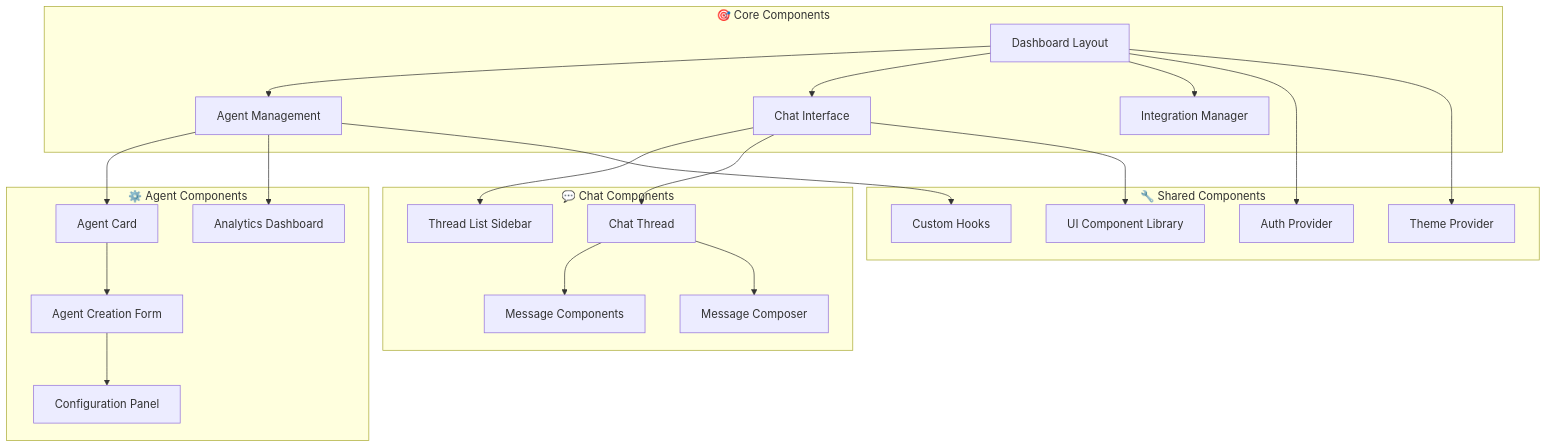
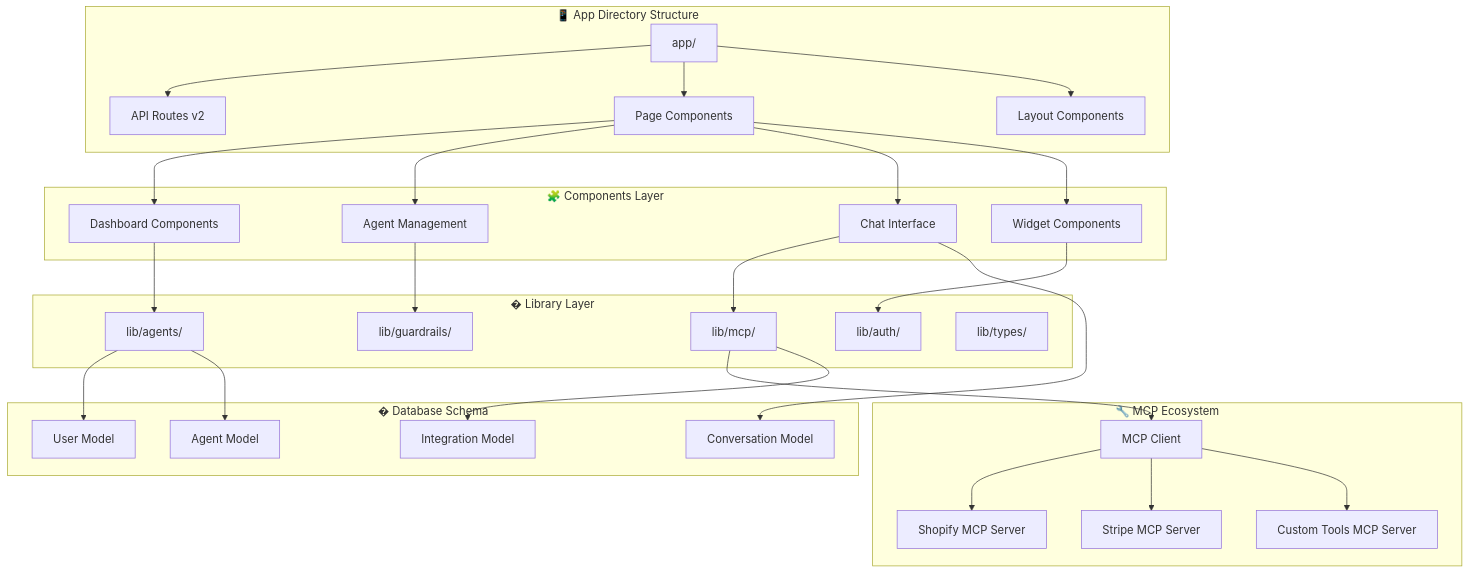
The fourth of 7 diagrams in docs/ARCHITECTURE.md (Parham-dev/ai-agent-cs), drawn with Mermaid before and after one commit. The commit also changed other lines of this file and 1 other file, not shown here.

````diff
--- a/docs/ARCHITECTURE.md
+++ b/docs/ARCHITECTURE.md
@@ -166,49 +220,62 @@
 ```mermaid
 graph TD
-    subgraph "🎯 Core Components"
-        Dashboard[Dashboard Layout]
-        AgentList[Agent Management]
-        ChatInterface[Chat Interface]
-        Integrations[Integration Manager]
+    subgraph "📱 App Directory Structure"
+        App[app/]
+        AppRoutes[API Routes v2]
+        Pages[Page Components]
+        Layout[Layout Components]
     end
 
-    subgraph "💬 Chat Components"
-        ThreadList[Thread List Sidebar]
-        ChatThread[Chat Thread]
-        MessageBubble[Message Components]
-        Composer[Message Composer]
+    subgraph "🧩 Components Layer"
+        Dashboard[Dashboard Components]
+        Agents[Agent Management]
+        Chat[Chat Interface]
+        Widget[Widget Components]
     end
 
-    subgraph "⚙️ Agent Components"
-        AgentCard[Agent Card]
-        AgentForm[Agent Creation Form]
-        AgentConfig[Configuration Panel]
-        AgentStats[Analytics Dashboard]
+    subgraph "� Library Layer"
+        AgentLib[lib/agents/]
+        MCPLib[lib/mcp/]
+        AuthLib[lib/auth/]
+        GuardrailLib[lib/guardrails/]
+        TypesLib[lib/types/]
     end
 
-    subgraph "🔧 Shared Components"
-        AuthProvider[Auth Provider]
-        ThemeProvider[Theme Provider]
-        UIComponents[UI Component Library]
-        Hooks[Custom Hooks]
+    subgraph "🔧 MCP Ecosystem"
+        MCPClient[MCP Client]
+        ShopifyServer[Shopify MCP Server]
+        StripeServer[Stripe MCP Server]
+        CustomServer[Custom Tools MCP Server]
     end
 
-    Dashboard --> AgentList
-    Dashboard --> ChatInterface
-    Dashboard --> Integrations
+    subgraph "�️ Database Schema"
+        UserModel[User Model]
+        AgentModel[Agent Model]
+        ConversationModel[Conversation Model]
+        IntegrationModel[Integration Model]
+    end
+
+    App --> AppRoutes
+    App --> Pages
+    App --> Layout
     
-    ChatInterface --> ThreadList
-    ChatInterface --> ChatThread
-    ChatThread --> MessageBubble
-    ChatThread --> Composer
+    Pages --> Dashboard
+    Pages --> Agents
+    Pages --> Chat
+    Pages --> Widget
     
-    AgentList --> AgentCard
-    AgentCard --> AgentForm
-    AgentForm --> AgentConfig
-    AgentList --> AgentStats
+    Dashboard --> AgentLib
+    Chat --> MCPLib
+    Widget --> AuthLib
+    Agents --> GuardrailLib
     
-    Dashboard --> AuthProvider
-    Dashboard --> ThemeProvider
-    ChatInterface --> UIComponents
-    AgentList --> Hooks
+    MCPLib --> MCPClient
+    MCPClient --> ShopifyServer
+    MCPClient --> StripeServer
+    MCPClient --> CustomServer
+    
+    AgentLib --> UserModel
+    AgentLib --> AgentModel
+    Chat --> ConversationModel
+    MCPLib --> IntegrationModel
 ```
````
